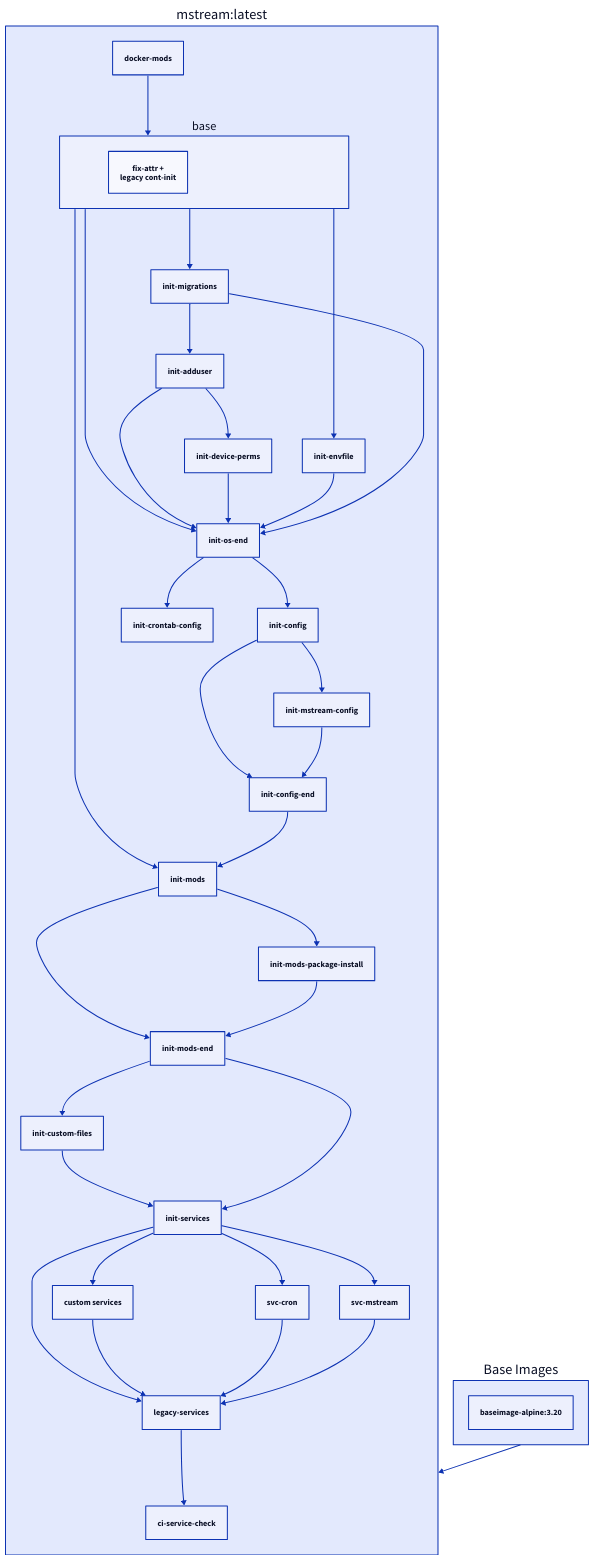
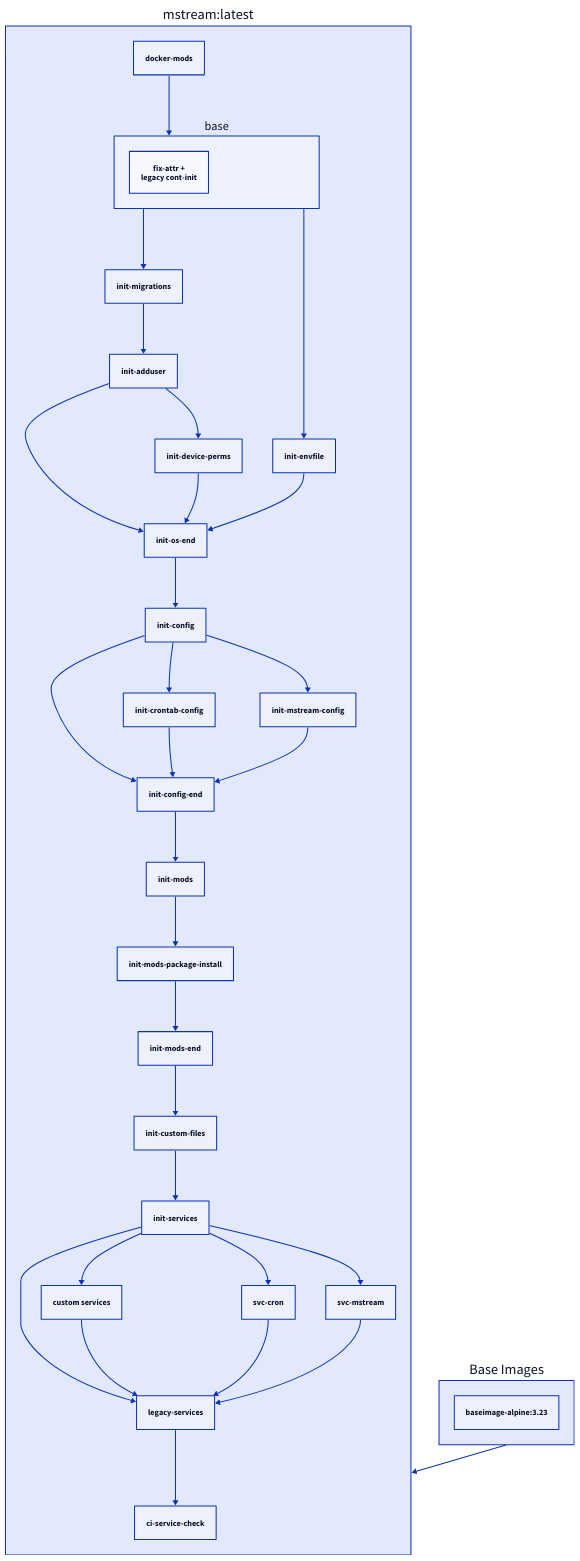
The diagram in docs/images/docker-mstream.md (linuxserver/docker-documentation), drawn with D2 before and after one commit. The commit also changed other lines of this file, not shown here.

Commit message:
Bot Updating Documentation

````diff
--- a/docs/images/docker-mstream.md
+++ b/docs/images/docker-mstream.md
@@ -284,45 +284,41 @@
     ```d2
     "mstream:latest": {
       docker-mods
       base {
         fix-attr +\nlegacy cont-init
       }
       docker-mods -> base
       legacy-services
       custom services
       init-services -> legacy-services
       init-services -> custom services
       custom services -> legacy-services
       legacy-services -> ci-service-check
       init-migrations -> init-adduser
       init-os-end -> init-config
       init-config -> init-config-end
+      init-crontab-config -> init-config-end
       init-mstream-config -> init-config-end
-      init-os-end -> init-crontab-config
+      init-config -> init-crontab-config
       init-mods-end -> init-custom-files
       init-adduser -> init-device-perms
       base -> init-envfile
       base -> init-migrations
-      base -> init-mods
       init-config-end -> init-mods
-      init-mods -> init-mods-end
       init-mods-package-install -> init-mods-end
       init-mods -> init-mods-package-install
       init-config -> init-mstream-config
-      base -> init-os-end
       init-adduser -> init-os-end
       init-device-perms -> init-os-end
       init-envfile -> init-os-end
-      init-migrations -> init-os-end
       init-custom-files -> init-services
-      init-mods-end -> init-services
       init-services -> svc-cron
       svc-cron -> legacy-services
       init-services -> svc-mstream
       svc-mstream -> legacy-services
     }
     Base Images: {
-      "baseimage-alpine:3.20"
+      "baseimage-alpine:3.23"
     }
     "mstream:latest" <- Base Images
     ```
````
